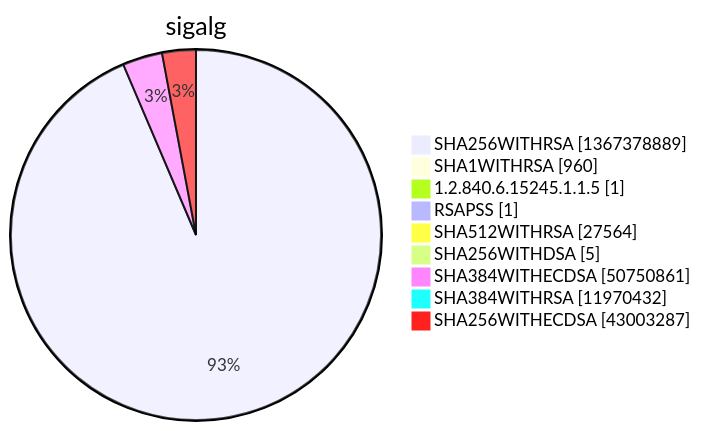
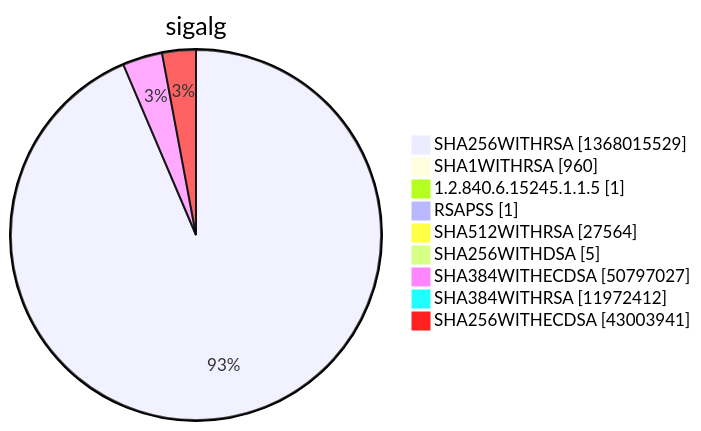
Before and after one commit to christiankrug/ctmonitor_visualization: diagram 15 of 15 in argon2022/README.md, drawn with Mermaid. The commit also changed other lines of this file, not shown here.

````diff
--- a/argon2022/README.md
+++ b/argon2022/README.md
@@ -5524,13 +5524,13 @@
 ```mermaid
 pie showData
 title sigalg
-"SHA256WITHRSA" :1367378889
+"SHA256WITHRSA" :1368015529
 "SHA1WITHRSA" :960
 "1.2.840.6.15245.1.1.5" :1
 "RSAPSS" :1
 "SHA512WITHRSA" :27564
 "SHA256WITHDSA" :5
-"SHA384WITHECDSA" :50750861
-"SHA384WITHRSA" :11970432
-"SHA256WITHECDSA" :43003287
+"SHA384WITHECDSA" :50797027
+"SHA384WITHRSA" :11972412
+"SHA256WITHECDSA" :43003941
 ```
````
